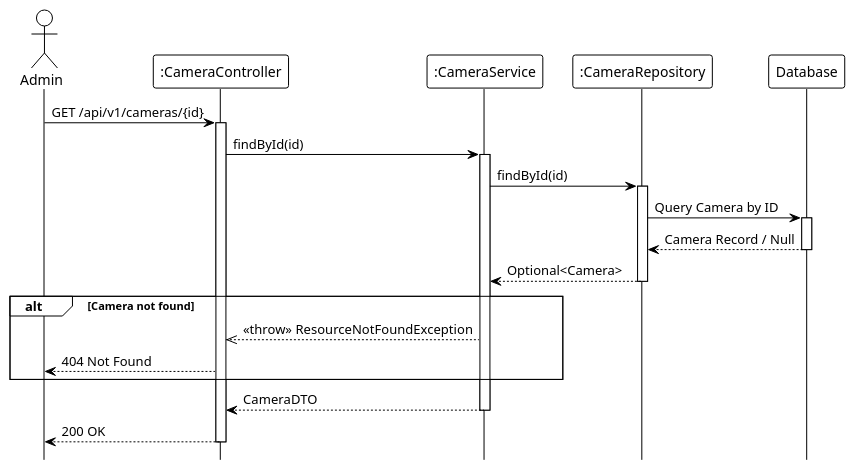
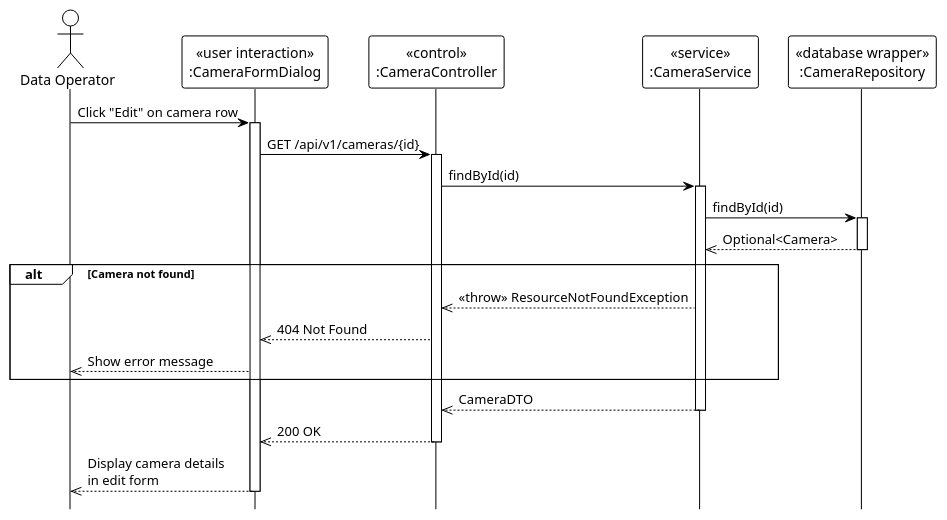
One commit to Ndh474/context changed the diagram in system_detailed_design/62_view_camera_details/sequence_diagram_view_camera_details.puml. Above: the diagram before and after it, drawn with PlantUML. The commit also changed 6 other files, not shown here.

Commit message:
docs(system_detailed_design): add UML stereotypes to camera sequence diagrams

```diff
--- a/system_detailed_design/62_view_camera_details/sequence_diagram_view_camera_details.puml
+++ b/system_detailed_design/62_view_camera_details/sequence_diagram_view_camera_details.puml
@@ -1,41 +1,42 @@
 @startuml view_camera_details
 !theme plain
 hide footbox
 
-actor Admin
-participant ":CameraController" as Controller
-participant ":CameraService" as Service
-participant ":CameraRepository" as Repository
-participant "Database" as DB
+actor "Data Operator" as DataOperator
 
-' --- MAIN FLOW ---
-Admin -> Controller: GET /api/v1/cameras/{id}
+participant "«user interaction»\n:CameraFormDialog" as UI
+participant "«control»\n:CameraController" as Controller
+participant "«service»\n:CameraService" as Service
+participant "«database wrapper»\n:CameraRepository" as Repository
+
+' === MAIN FLOW ===
+DataOperator -> UI: Click "Edit" on camera row
+activate UI
+
+UI -> Controller: GET /api/v1/cameras/{id}
 activate Controller
 
 Controller -> Service: findById(id)
 activate Service
 
 Service -> Repository: findById(id)
 activate Repository
-
-Repository -> DB: Query Camera by ID
-activate DB
-DB --> Repository: Camera Record / Null
-deactivate DB
-
-Repository --> Service: Optional<Camera>
+Repository -->> Service: Optional<Camera>
 deactivate Repository
 
-' --- VALIDATION LOGIC ---
 alt Camera not found
     Service -->> Controller: <<throw>> ResourceNotFoundException
-    Controller --> Admin: 404 Not Found
+    Controller -->> UI: 404 Not Found
+    UI -->> DataOperator: Show error message
 end
 
-Service --> Controller: CameraDTO
+Service -->> Controller: CameraDTO
 deactivate Service
 
-Controller --> Admin: 200 OK
+Controller -->> UI: 200 OK
 deactivate Controller
 
+UI -->> DataOperator: Display camera details\nin edit form
+deactivate UI
+
 @enduml
```
